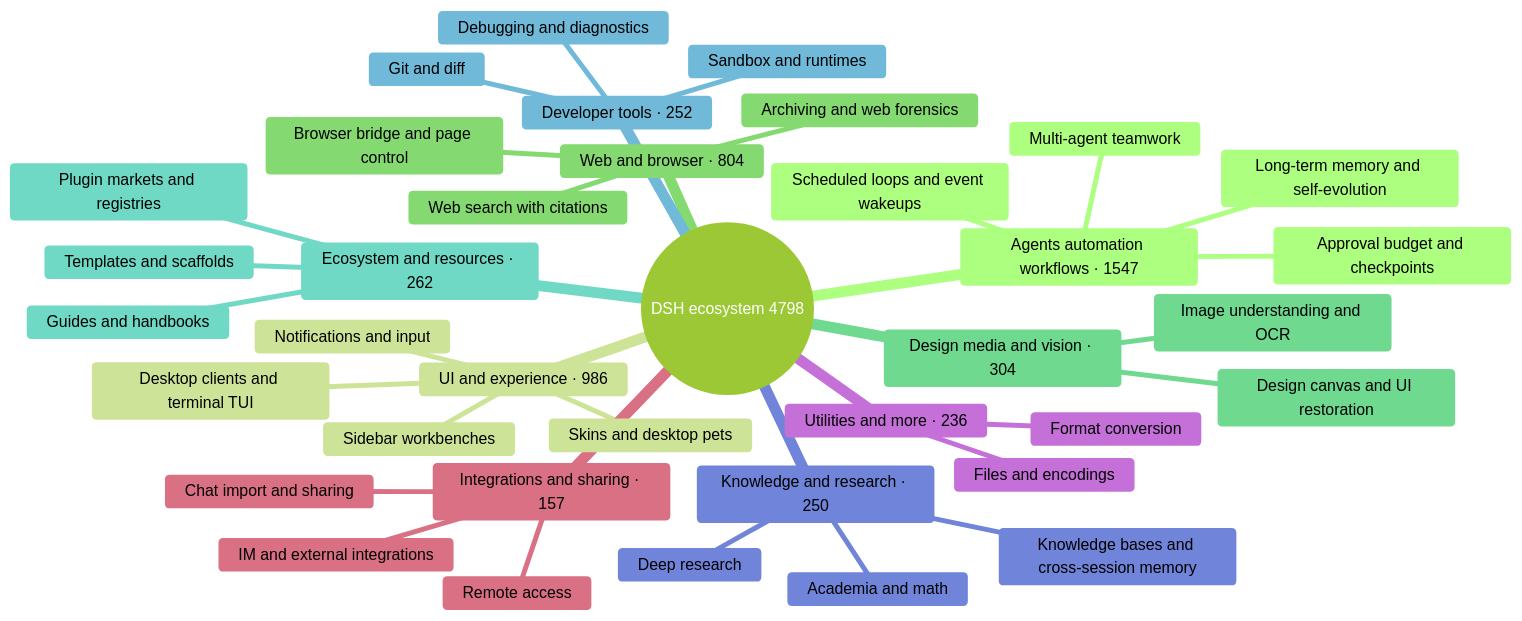
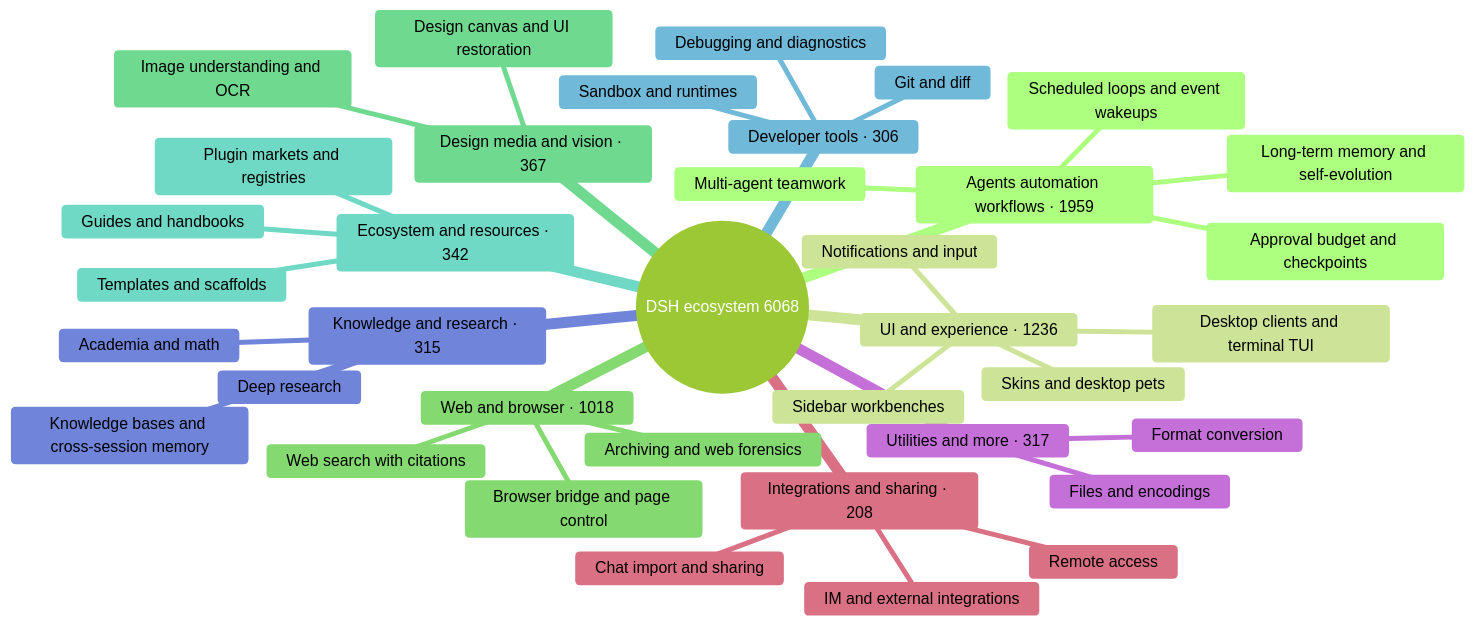
Before and after one commit to PGZXB/awesome-dsh-plugin-3: the diagram in README_EN.md, drawn with Mermaid (forest theme). The commit also changed other lines of this file and 1 other file, not shown here.

First line of the commit message:
docs: refresh README ecosystem overview and community leaderboard

````diff
--- a/README_EN.md
+++ b/README_EN.md
@@ -32,40 +32,40 @@
 ```mermaid
 mindmap
-  root((DSH ecosystem 4798))
-    Agents automation workflows · 1547
+  root((DSH ecosystem 6068))
+    Agents automation workflows · 1959
       Scheduled loops and event wakeups
       Multi-agent teamwork
       Long-term memory and self-evolution
       Approval budget and checkpoints
-    UI and experience · 986
+    UI and experience · 1236
       Desktop clients and terminal TUI
       Sidebar workbenches
       Skins and desktop pets
       Notifications and input
-    Web and browser · 804
+    Web and browser · 1018
       Browser bridge and page control
       Web search with citations
       Archiving and web forensics
-    Design media and vision · 304
+    Design media and vision · 367
       Image understanding and OCR
       Design canvas and UI restoration
-    Ecosystem and resources · 262
+    Ecosystem and resources · 342
       Plugin markets and registries
       Templates and scaffolds
       Guides and handbooks
-    Developer tools · 252
+    Developer tools · 306
       Git and diff
       Sandbox and runtimes
       Debugging and diagnostics
-    Knowledge and research · 250
+    Knowledge and research · 315
       Knowledge bases and cross-session memory
       Deep research
       Academia and math
-    Utilities and more · 236
+    Utilities and more · 317
       Files and encodings
       Format conversion
-    Integrations and sharing · 157
+    Integrations and sharing · 208
       Chat import and sharing
       Remote access
       IM and external integrations
 ```
````
